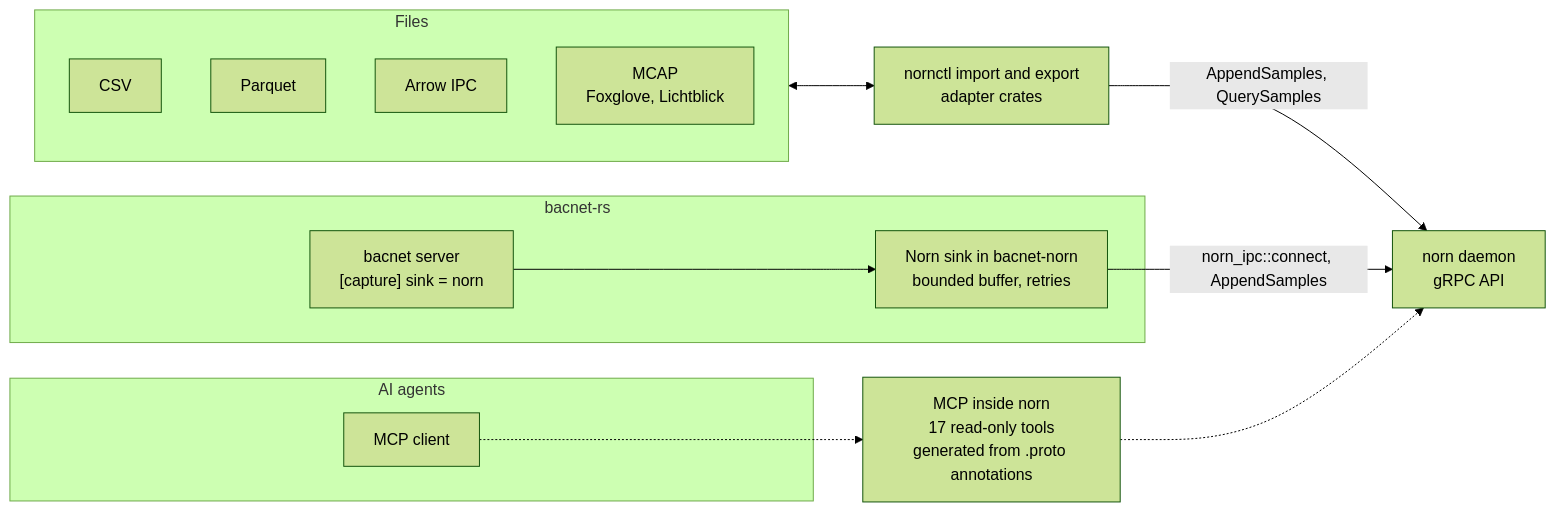
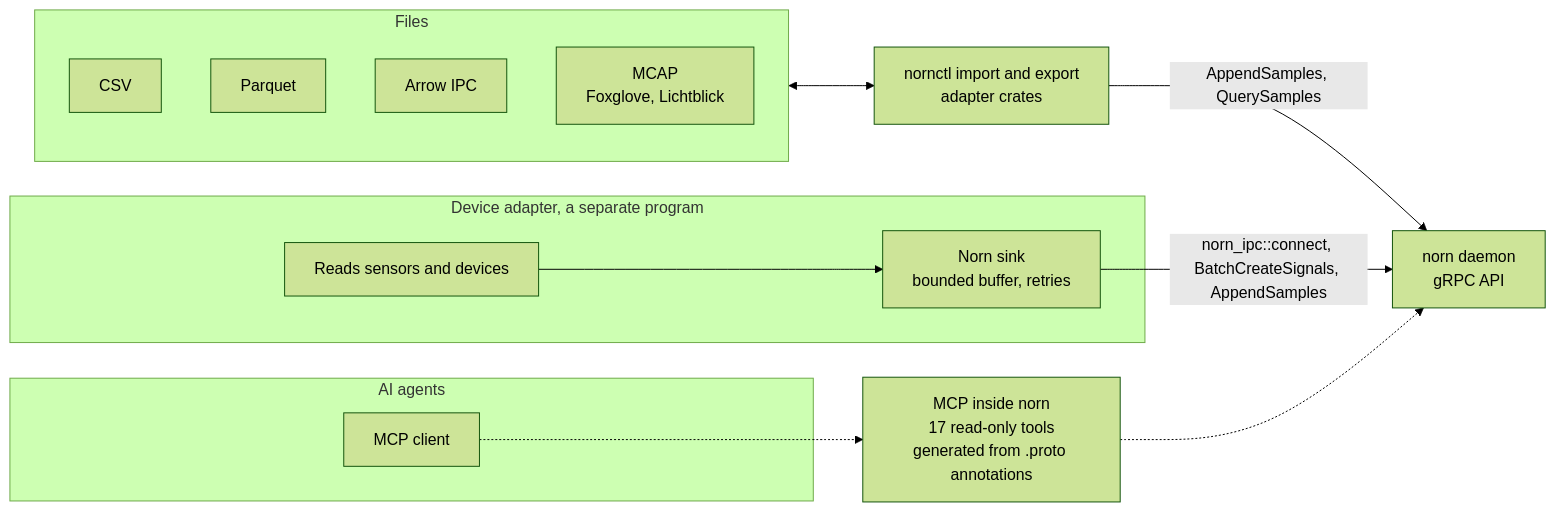
Before and after one commit to oh-tarnished/norn: the fourth of 6 diagrams in README.md, drawn with Mermaid (forest theme). The commit also changed other lines of this file and 41 other files, not shown here.

````diff
--- a/README.md
+++ b/README.md
@@ -288,29 +299,29 @@
 ```mermaid
 flowchart LR
     subgraph files["Files"]
         csv["CSV"]
         pq["Parquet"]
         arrow["Arrow IPC"]
         mcap["MCAP<br/>Foxglove, Lichtblick"]
     end
 
-    subgraph bacnet["bacnet-rs"]
-        bs["bacnet server<br/>[capture] sink = norn"]
-        sink["Norn sink in bacnet-norn<br/>bounded buffer, retries"]
-        bs --> sink
+    subgraph devices["Device adapter, a separate program"]
+        poll["Reads sensors and devices"]
+        sink["Norn sink<br/>bounded buffer, retries"]
+        poll --> sink
     end
 
     subgraph agents["AI agents"]
         mcpc["MCP client"]
     end
 
     ctl["nornctl import and export<br/>adapter crates"]
     norn["norn daemon<br/>gRPC API"]
     mcpd["MCP inside norn<br/>17 read-only tools<br/>generated from .proto annotations"]
 
     files <--> ctl
     ctl -- "AppendSamples, QuerySamples" --> norn
-    sink -- "norn_ipc::connect, AppendSamples" --> norn
+    sink -- "norn_ipc::connect, BatchCreateSignals, AppendSamples" --> norn
     mcpc -.-> mcpd
     mcpd -.-> norn
 ```
````
